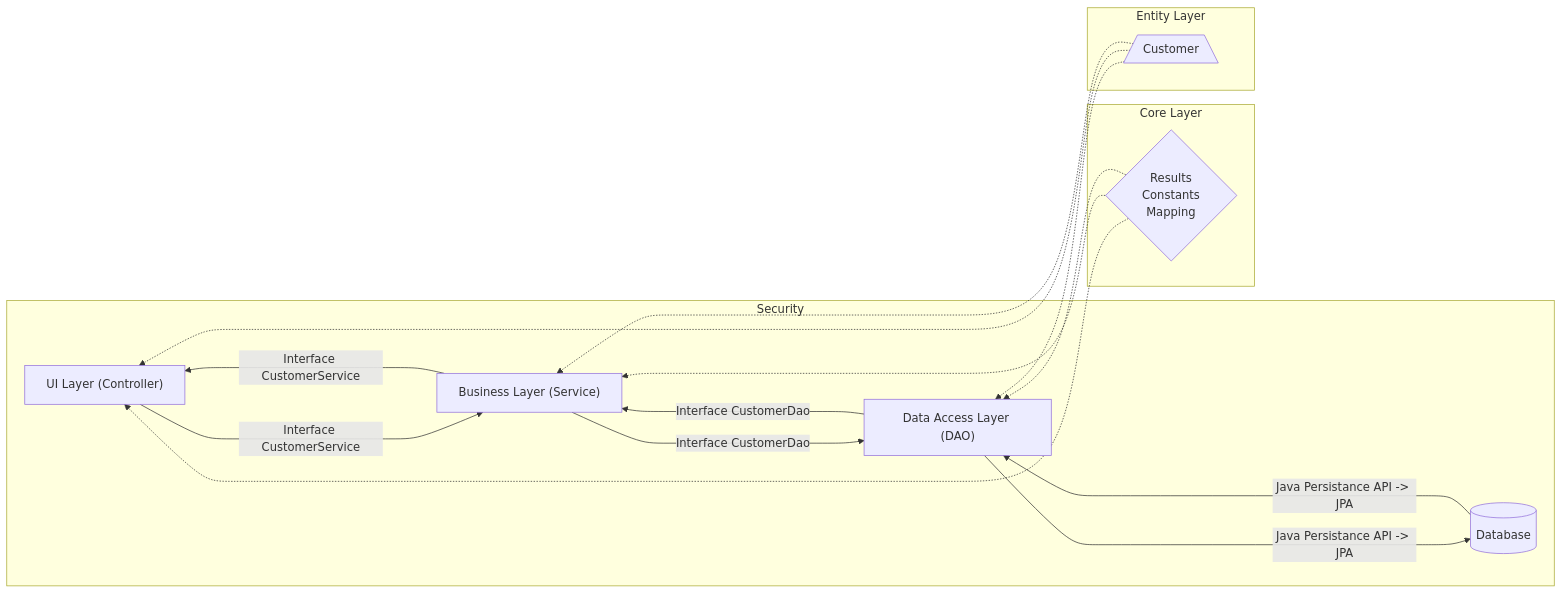
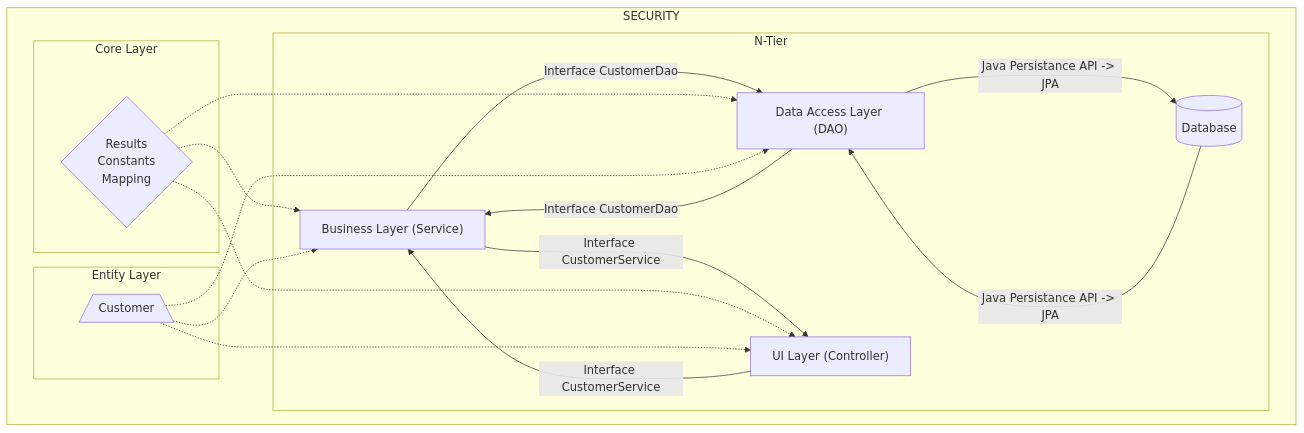
The diagram in README.md (Cemkok/microservice-2-mainService), drawn with Mermaid before and after one commit. The commit also changed other lines of this file and 153 other files, not shown here.

````diff
--- a/README.md
+++ b/README.md
@@ -71,39 +118,39 @@
 ```mermaid
 
 flowchart RL
-subgraph  sec [Security]
- db[(Database)]---->|"Java Persistance API -> JPA" |dao["Data Access Layer (DAO)"]  ----> |Interface CustomerDao|service["Business Layer (Service)"] ----> |Interface CustomerService|UI["UI Layer (Controller)"] 
-    dao---->|"Java Persistance API -> JPA" |db
-    service---->|Interface CustomerDao|dao
-    UI---->|Interface CustomerService|service
+ subgraph SECURITY
+ direction LR
+subgraph  sec [N-Tier]
+ db[(Database)]--->|"Java Persistance API -> JPA" |dao["Data Access Layer (DAO)"]  ---> |Interface CustomerDao|service["Business Layer (Service)"] ---> |Interface CustomerService|UI["UI Layer (Controller)"] 
+    dao--->|"Java Persistance API -> JPA" |db
+    service--->|Interface CustomerDao|dao
+    UI--->|Interface CustomerService|service
     
     end
 
 
 subgraph util [Core Layer]
 core{"Results
 Constants
 Mapping"}
 
 end
 subgraph entity[Entity Layer]
 ent[/ Customer \]
 
 
 end
-
+end
 
    
  core -.-> dao
 core -.->service
-   
-
 core -.->UI
 ent -.->service
 ent -.->UI
  ent -.-> dao
 
 
 
     
 ```
````
